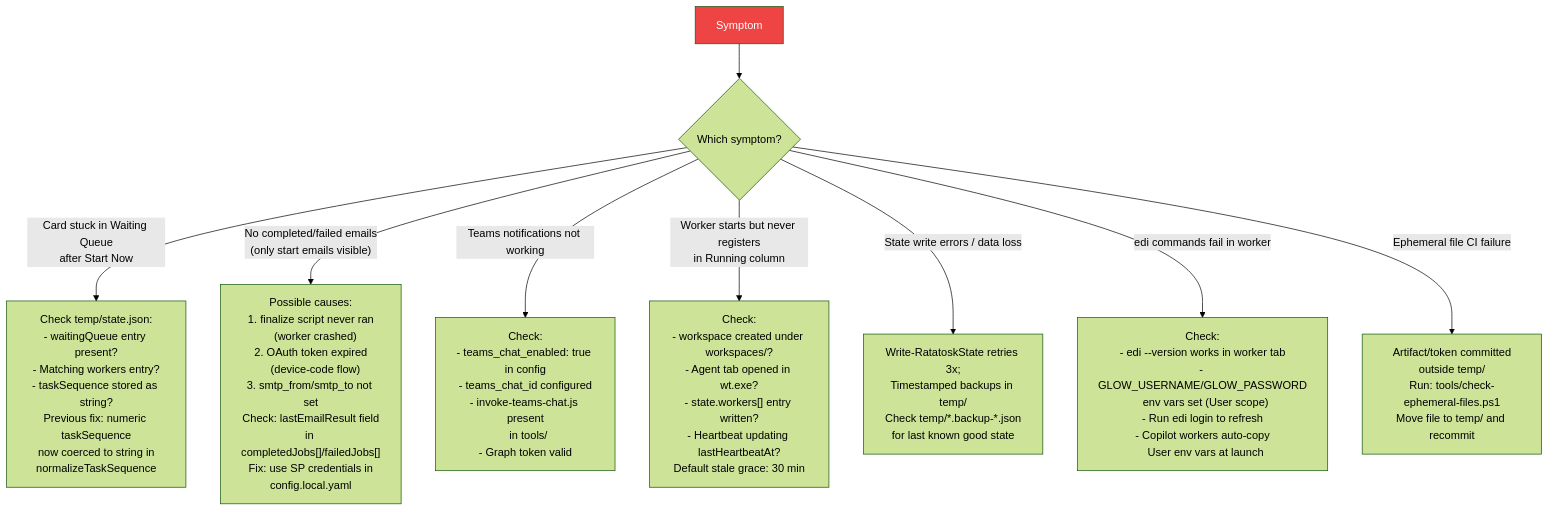
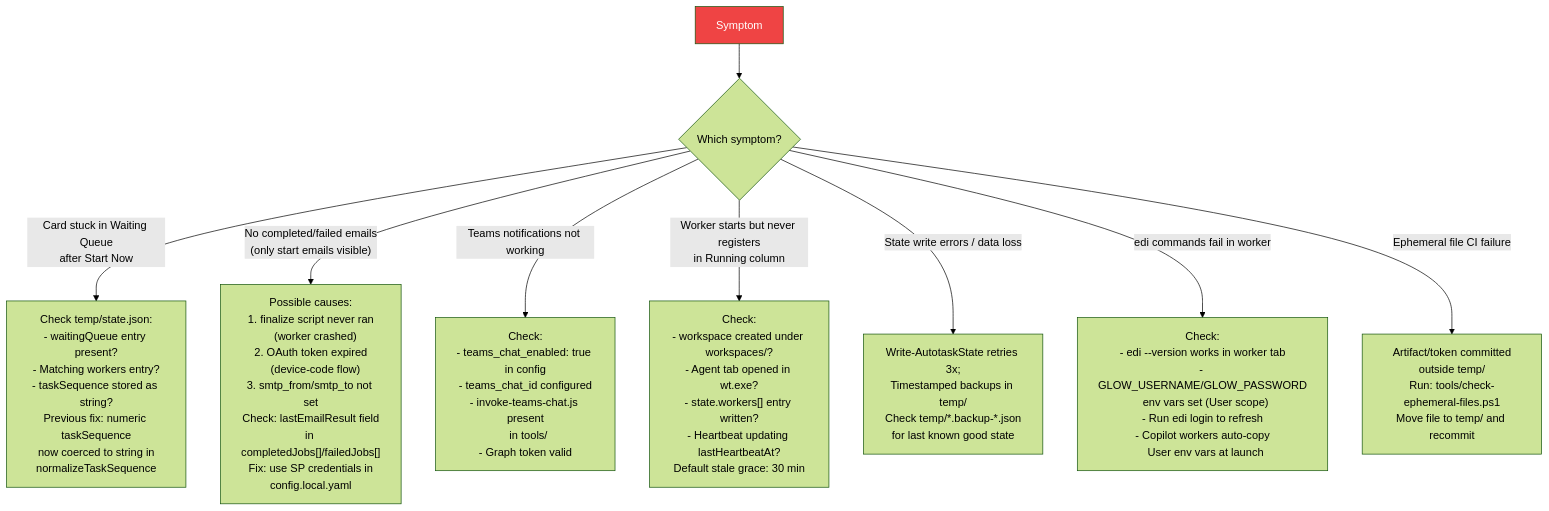
One commit to cat-hoang/ai-studio changed diagram 12 of 12 in docs/architecture-overview.md. Above: the diagram before and after it, drawn with Mermaid (forest theme). The commit also changed other lines of this file and 68 other files, not shown here.

````diff
--- a/docs/architecture-overview.md
+++ b/docs/architecture-overview.md
@@ -672,20 +672,20 @@
 ```mermaid
 flowchart TD
     A[Symptom] --> B{Which symptom?}
 
     B -- "Card stuck in Waiting Queue<br/>after Start Now" --> C["Check temp/state.json:<br/>- waitingQueue entry present?<br/>- Matching workers entry?<br/>- taskSequence stored as string?<br/>Previous fix: numeric taskSequence<br/>now coerced to string in<br/>normalizeTaskSequence"]
 
     B -- "No completed/failed emails<br/>(only start emails visible)" --> D["Possible causes:<br/>1. finalize script never ran<br/>   (worker crashed)<br/>2. OAuth token expired<br/>   (device-code flow)<br/>3. smtp_from/smtp_to not set<br/>Check: lastEmailResult field<br/>in completedJobs[]/failedJobs[]<br/>Fix: use SP credentials in<br/>config.local.yaml"]
 
     B -- "Teams notifications not working" --> E["Check:<br/>- teams_chat_enabled: true in config<br/>- teams_chat_id configured<br/>- invoke-teams-chat.js present<br/>  in tools/<br/>- Graph token valid"]
 
     B -- "Worker starts but never registers<br>in Running column" --> F["Check:<br>- workspace created under workspaces/?<br>- Agent tab opened in wt.exe?<br>- state.workers[] entry written?<br>- Heartbeat updating lastHeartbeatAt?<br>Default stale grace: 30 min"]
 
-    B -- "State write errors / data loss" --> G["Write-RatatoskState retries 3x;<br>Timestamped backups in temp/<br>Check temp/*.backup-*.json<br>for last known good state"]
+    B -- "State write errors / data loss" --> G["Write-AutotaskState retries 3x;<br>Timestamped backups in temp/<br>Check temp/*.backup-*.json<br>for last known good state"]
 
     B -- "edi commands fail in worker" --> H["Check:<br>- edi --version works in worker tab<br>- GLOW_USERNAME/GLOW_PASSWORD<br>  env vars set (User scope)<br>- Run edi login to refresh<br>- Copilot workers auto-copy<br>  User env vars at launch"]
 
     B -- "Ephemeral file CI failure" --> I["Artifact/token committed<br>outside temp/<br>Run: tools/check-ephemeral-files.ps1<br>Move file to temp/ and recommit"]
 
     style A fill:#ef4444,color:#fff
 ```
````
